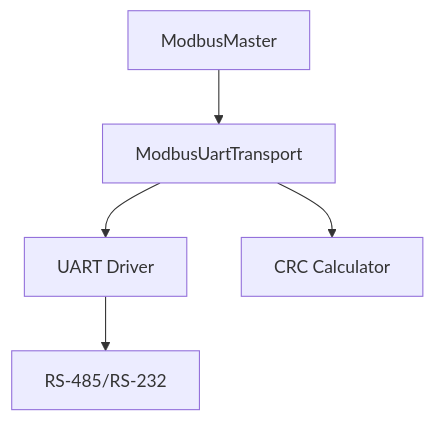
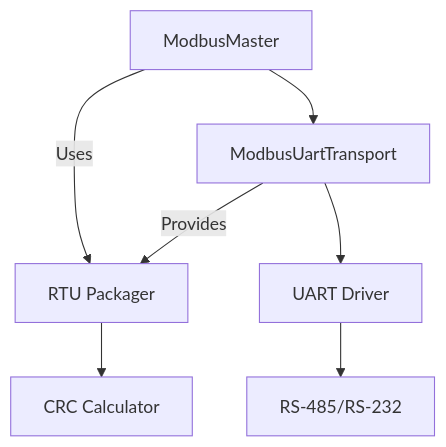
One commit to Speed-ESP/speed-framework changed the first of 4 diagrams in docs/modbus/rtu_mode.md. Above: the diagram before and after it, drawn with Mermaid. The commit also changed 5 other files, not shown here.

````diff
--- a/docs/modbus/rtu_mode.md
+++ b/docs/modbus/rtu_mode.md
@@ -7,7 +7,9 @@
 ```mermaid
 graph TB
     A[ModbusMaster] --> B[ModbusUartTransport]
+    B -->|Provides| P[RTU Packager]
+    A -->|Uses| P
     B --> C[UART Driver]
-    B --> D[CRC Calculator]
+    P --> D[CRC Calculator]
     C --> E[RS-485/RS-232]
 ```
````
